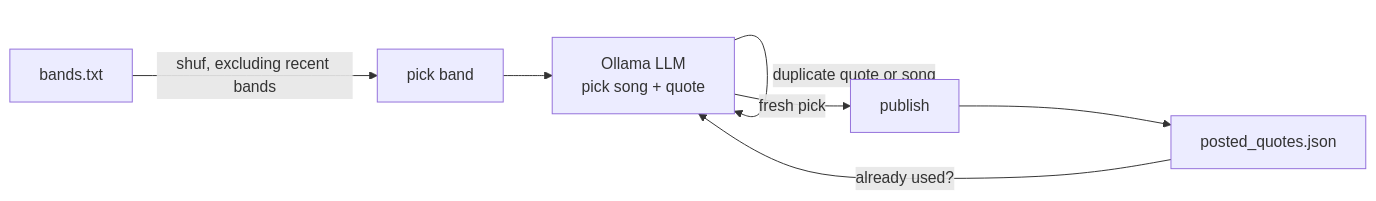
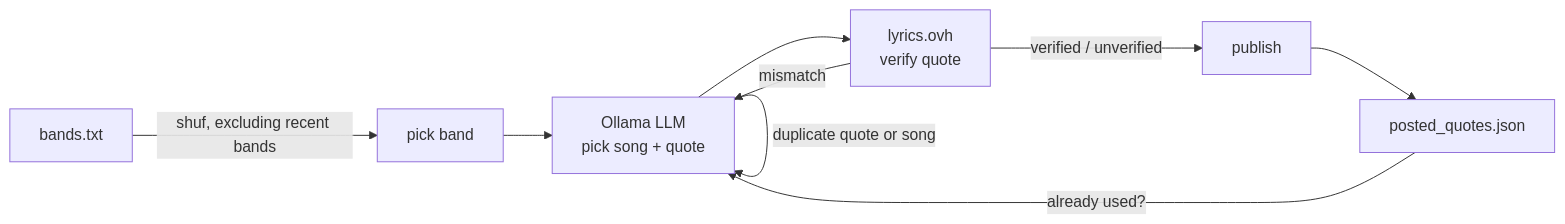
The diagram in README.md (schmidt-software/song-quote-bot), drawn with Mermaid before and after one commit. The commit also changed other lines of this file and 1 other file, not shown here.

````diff
--- a/README.md
+++ b/README.md
@@ -18,9 +18,11 @@
 ```mermaid
 flowchart LR
     A[bands.txt] -->|shuf, excluding recent bands| B[pick band]
     B --> C[Ollama LLM<br/>pick song + quote]
     D[posted_quotes.json] -->|already used?| C
     C -->|duplicate quote or song| C
-    C -->|fresh pick| E[publish]
+    C --> L[lyrics.ovh<br/>verify quote]
+    L -->|mismatch| C
+    L -->|verified / unverified| E[publish]
     E --> D
 ```
````
